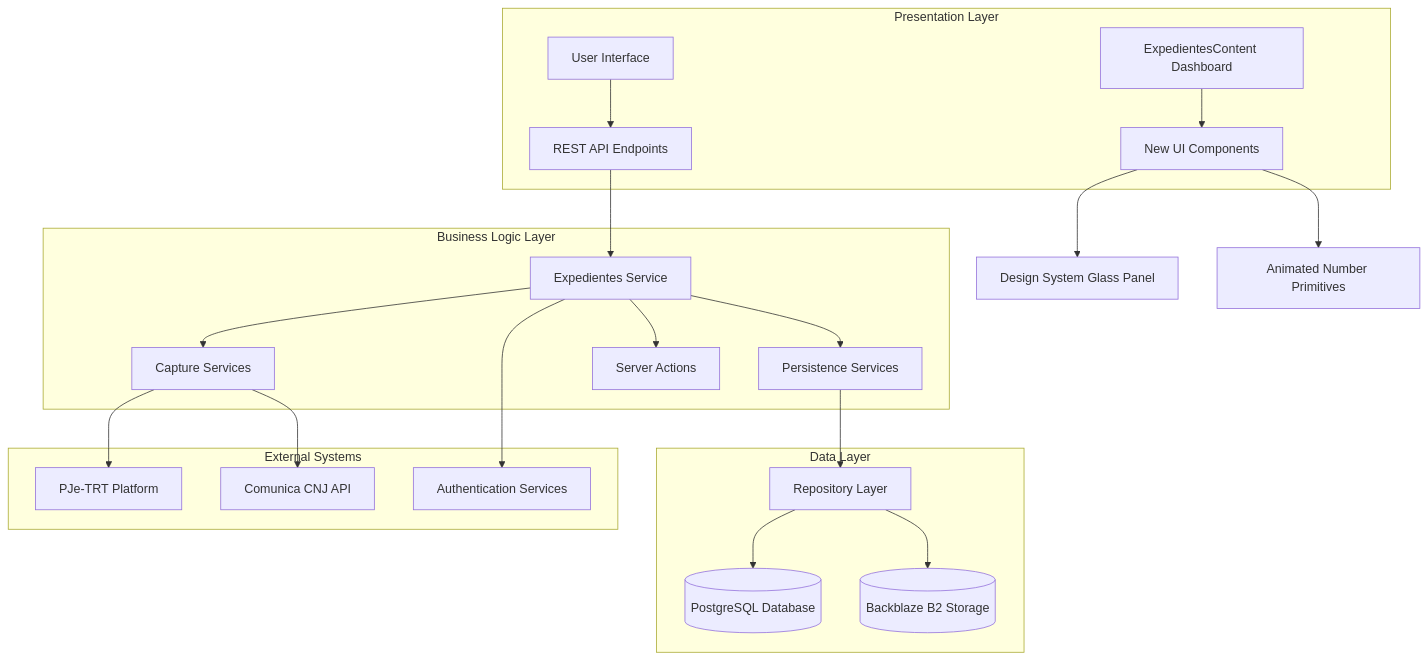
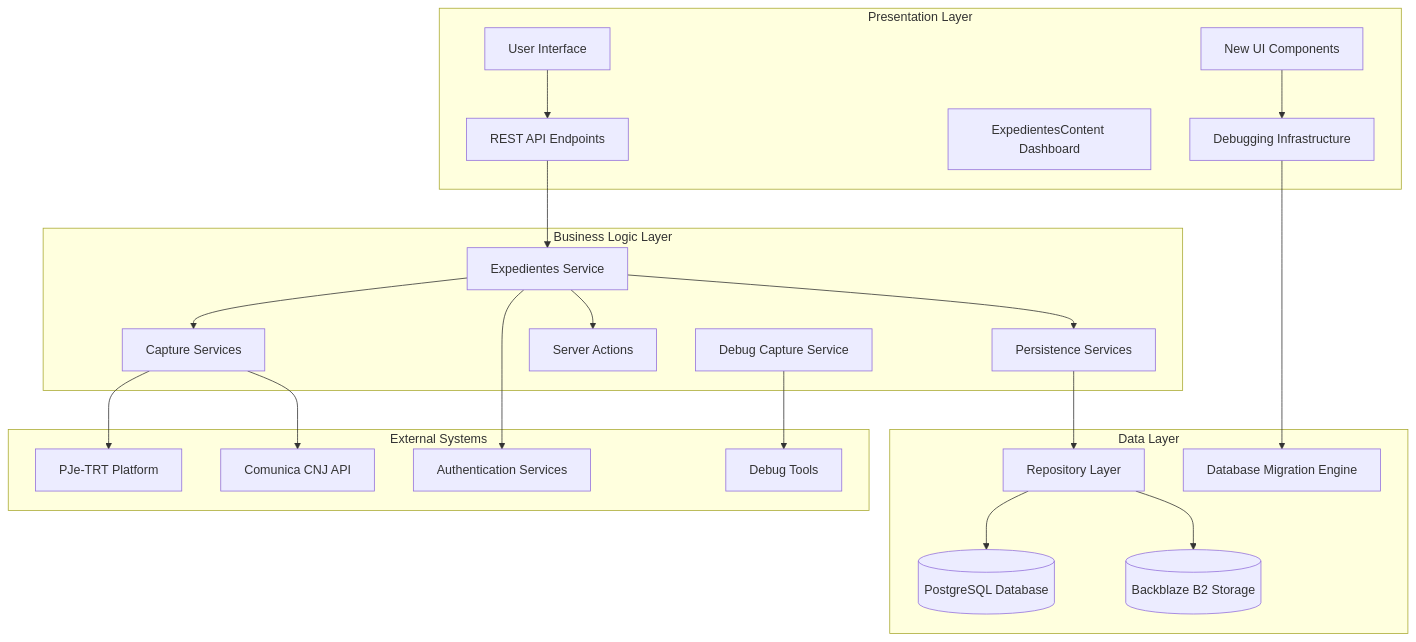
One commit to SinesysTech/zattar-os changed the first of 19 diagrams in .qoder/repowiki/en/content/Legal Process Management System/Automated Data Capture from PJE-TRT Systems/Expedientes Capture Tracking System.md. Above: the diagram before and after it, drawn with Mermaid. The commit also changed other lines of this file and 8 other files, not shown here.

````diff
--- a/.qoder/repowiki/en/content/Legal Process Management System/Automated Data Capture from PJE-TRT Systems/Expedientes Capture Tracking System.md
+++ b/.qoder/repowiki/en/content/Legal Process Management System/Automated Data Capture from PJE-TRT Systems/Expedientes Capture Tracking System.md
@@ -60,39 +66,43 @@
 ```mermaid
 graph TB
 subgraph "Presentation Layer"
 UI[User Interface]
 API[REST API Endpoints]
 Components[New UI Components]
 Dashboard[ExpedientesContent Dashboard]
+Debug[Debugging Infrastructure]
 end
 subgraph "Business Logic Layer"
 Service[Expedientes Service]
 Capture[Capture Services]
 Persistence[Persistence Services]
 Actions[Server Actions]
+DebugService[Debug Capture Service]
 end
 subgraph "Data Layer"
 Repository[Repository Layer]
 Database[(PostgreSQL Database)]
 Storage[(Backblaze B2 Storage)]
+Migration[Database Migration Engine]
 end
 subgraph "External Systems"
 PJE[PJe-TRT Platform]
 CNJ[Comunica CNJ API]
 Auth[Authentication Services]
+DebugTools[Debug Tools]
 end
 UI --> API
 API --> Service
 Service --> Capture
 Service --> Persistence
 Service --> Actions
 Persistence --> Repository
 Repository --> Database
 Repository --> Storage
 Capture --> PJE
 Capture --> CNJ
 Service --> Auth
-Components --> GlassPanel[Design System Glass Panel]
-Components --> AnimatedNumber[Animated Number Primitives]
-Dashboard --> Components
+Components --> Debug
+DebugService --> DebugTools
+Debug --> Migration
 ```
````
